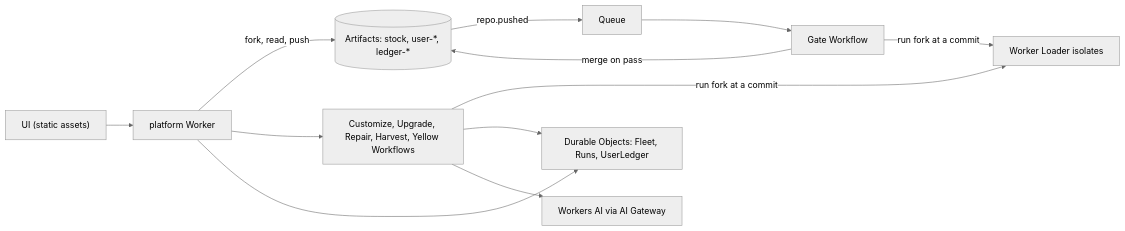
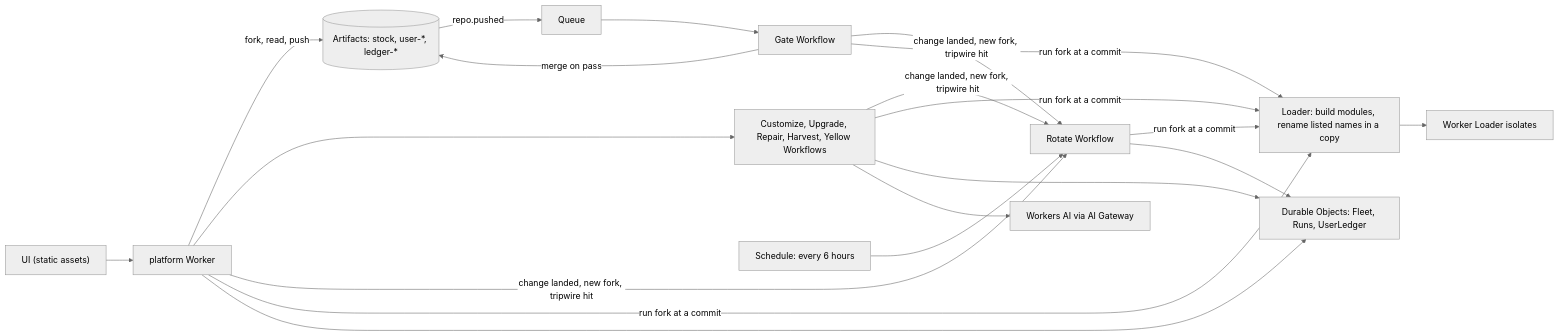
One commit to renato-umeton/fluid changed the diagram in README.md. Above: the diagram before and after it, drawn with Mermaid (neutral theme). The commit also changed other lines of this file, not shown here.

First line of the commit message:
Lead the README with the security angle of a fleet of forks

````diff
--- a/README.md
+++ b/README.md
@@ -86,11 +117,14 @@
 ```mermaid
 flowchart LR
   UI["UI (static assets)"] --> W["platform Worker"]
   W -- fork, read, push --> A[("Artifacts: stock, user-*, ledger-*")]
   A -- repo.pushed --> Q["Queue"] --> G["Gate Workflow"]
   W --> WF["Customize, Upgrade, Repair, Harvest, Yellow Workflows"]
-  G & WF -- run fork at a commit --> L["Worker Loader isolates"]
+  S["Schedule: every 6 hours"] --> RW["Rotate Workflow"]
+  W & G & WF -- change landed, new fork, tripwire hit --> RW
+  W & G & WF & RW -- run fork at a commit --> M["Loader: build modules, rename listed names in a copy"]
+  M --> L["Worker Loader isolates"]
   G -- merge on pass --> A
-  W & WF --> DO["Durable Objects: Fleet, Runs, UserLedger"]
+  W & WF & RW --> DO["Durable Objects: Fleet, Runs, UserLedger"]
   WF --> AI["Workers AI via AI Gateway"]
 ```
````
